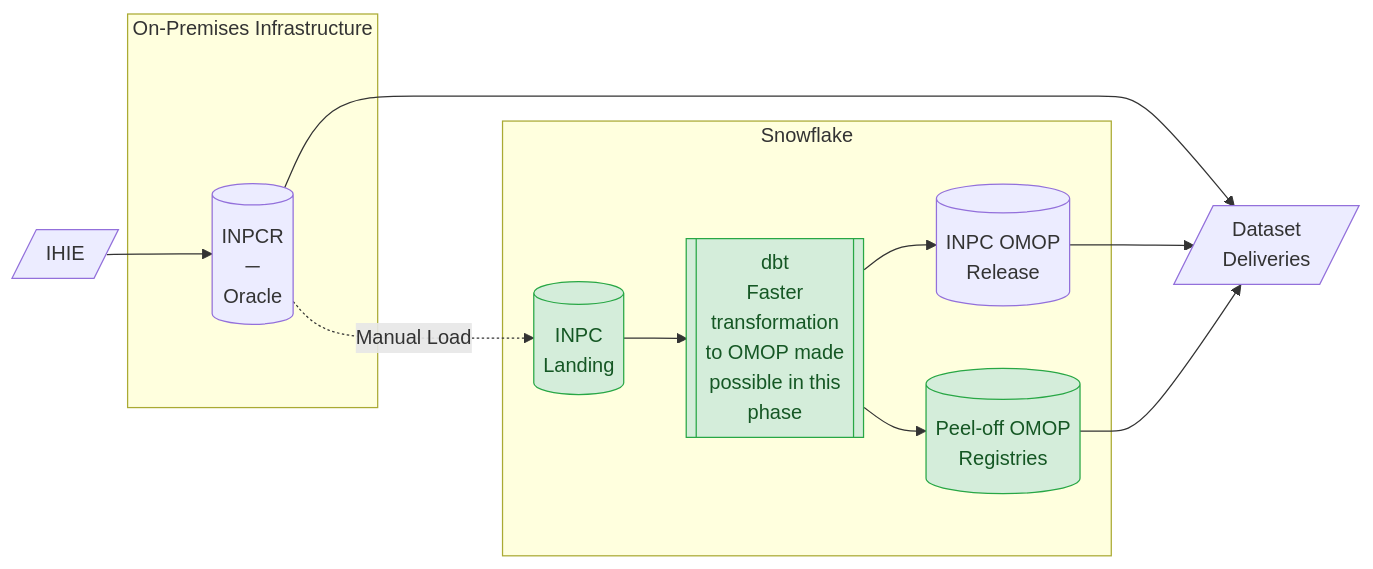
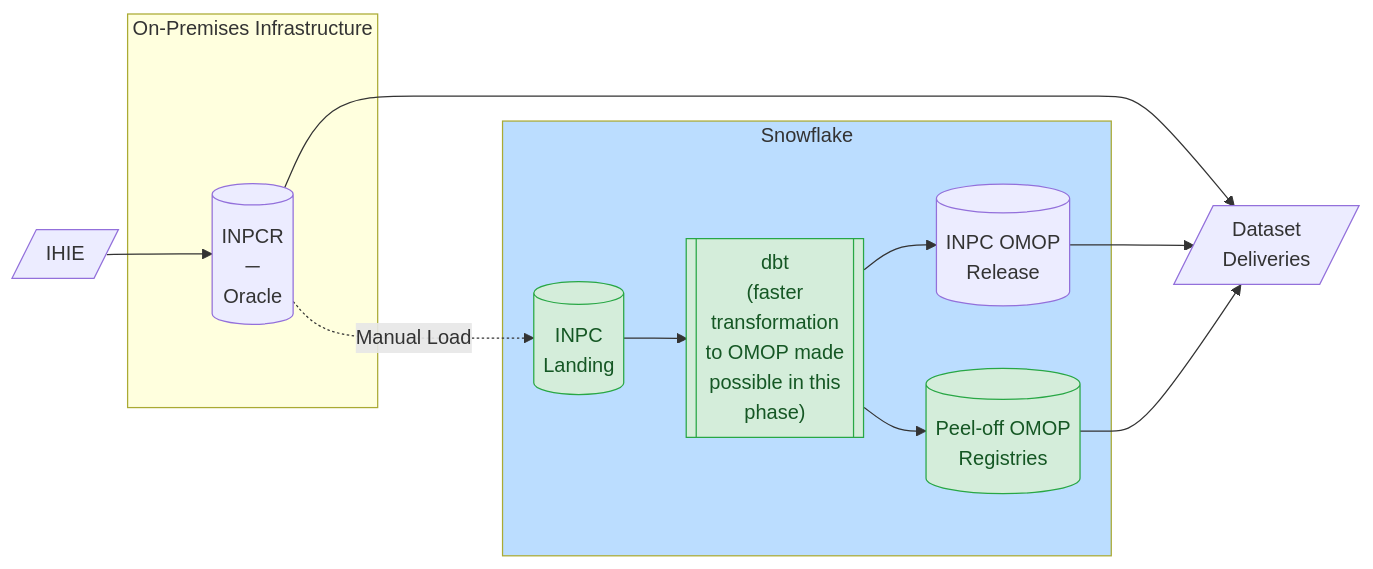
The third of 4 diagrams in README.md (am202/documentation), drawn with Mermaid before and after one commit. The commit also changed other lines of this file, not shown here.

````diff
--- a/README.md
+++ b/README.md
@@ -57,27 +58,28 @@
 ```mermaid
   flowchart LR
       ExtData[/"IHIE"/]                                                            
       subgraph onprem["On-Premises Infrastructure"]
           INPCR[("INPCR\n─\nOracle")]
       end                                                                                           
       subgraph snowflake["Snowflake"]
           INPCR_SF[("INPC\nLanding")]
-          dbt[["dbt\nFaster\ntransformation\nto OMOP made\npossible in this\nphase"]]
+          dbt[["dbt\n(faster\ntransformation\nto OMOP made\npossible in this\nphase)"]]
           OMOP_SF[("INPC OMOP\nRelease")]
           Registries_SF[("Peel-off OMOP\nRegistries")]
       end
+      style snowflake fill:#bbddff
 
       Deliveries[/"Dataset\nDeliveries"/]
 
       ExtData --> INPCR
       INPCR --> Deliveries
       INPCR -.->|"Manual Load"| INPCR_SF
       INPCR_SF --> dbt
       dbt --> OMOP_SF
       dbt --> Registries_SF
       OMOP_SF --> Deliveries
       Registries_SF --> Deliveries
 
       classDef newNode fill:#d4edda,stroke:#28a745,color:#155724
       class INPCR_SF,dbt,Registries_SF newNode
 ```
````
